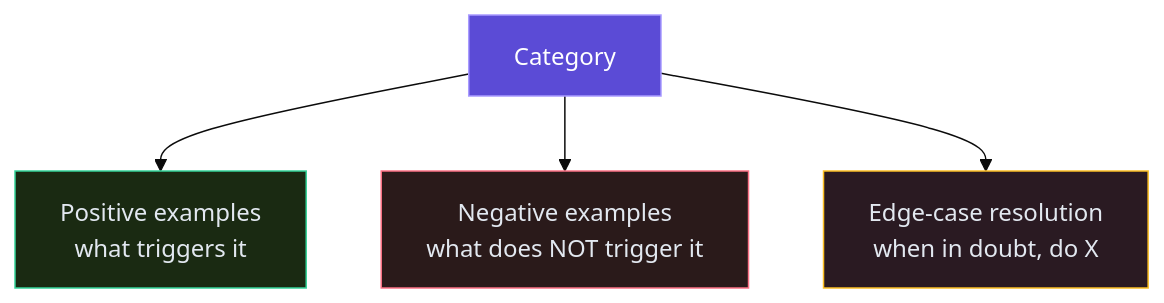
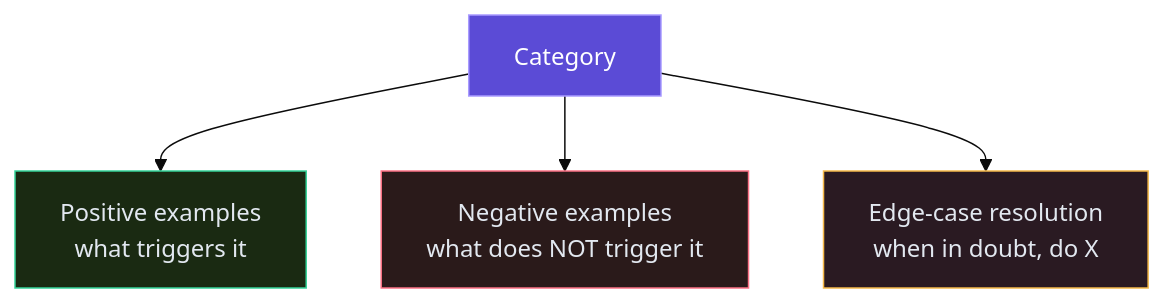
Before and after one commit to ajeetchouksey/ajch_skillup: the diagram in scripts/diagrams/mermaid/ccaf/d3-prompt-engineering-m3.mmd, drawn with Mermaid (base theme). The commit also changed 152 other files, not shown here.

First line of the commit message:
feat(diagrams): use the SkillUp colour code for diagram colours (#31)

```diff
--- a/scripts/diagrams/mermaid/ccaf/d3-prompt-engineering-m3.mmd
+++ b/scripts/diagrams/mermaid/ccaf/d3-prompt-engineering-m3.mmd
@@ -1,9 +1,9 @@
 flowchart TD
     C[Category]:::focus --> P[Positive examples<br/>what triggers it]:::good
     C --> N[Negative examples<br/>what does NOT trigger it]:::risk
     C --> E[Edge-case resolution<br/>when in doubt, do X]:::warn
     classDef focus fill:#5B4BD6,stroke:#A99BFF,color:#ffffff
     classDef good fill:#1a2a12,stroke:#34d399,color:#e2e8f0
-    classDef warn fill:#2a1a22,stroke:#fbbf24,color:#e2e8f0
+    classDef warn fill:#2a1a22,stroke:#f5b94a,color:#e2e8f0
     classDef risk fill:#2a1a1a,stroke:#fb7185,color:#e2e8f0
-    classDef data fill:#162236,stroke:#60a5fa,color:#e2e8f0
+    classDef data fill:#162236,stroke:#5ec8f2,color:#e2e8f0
```
